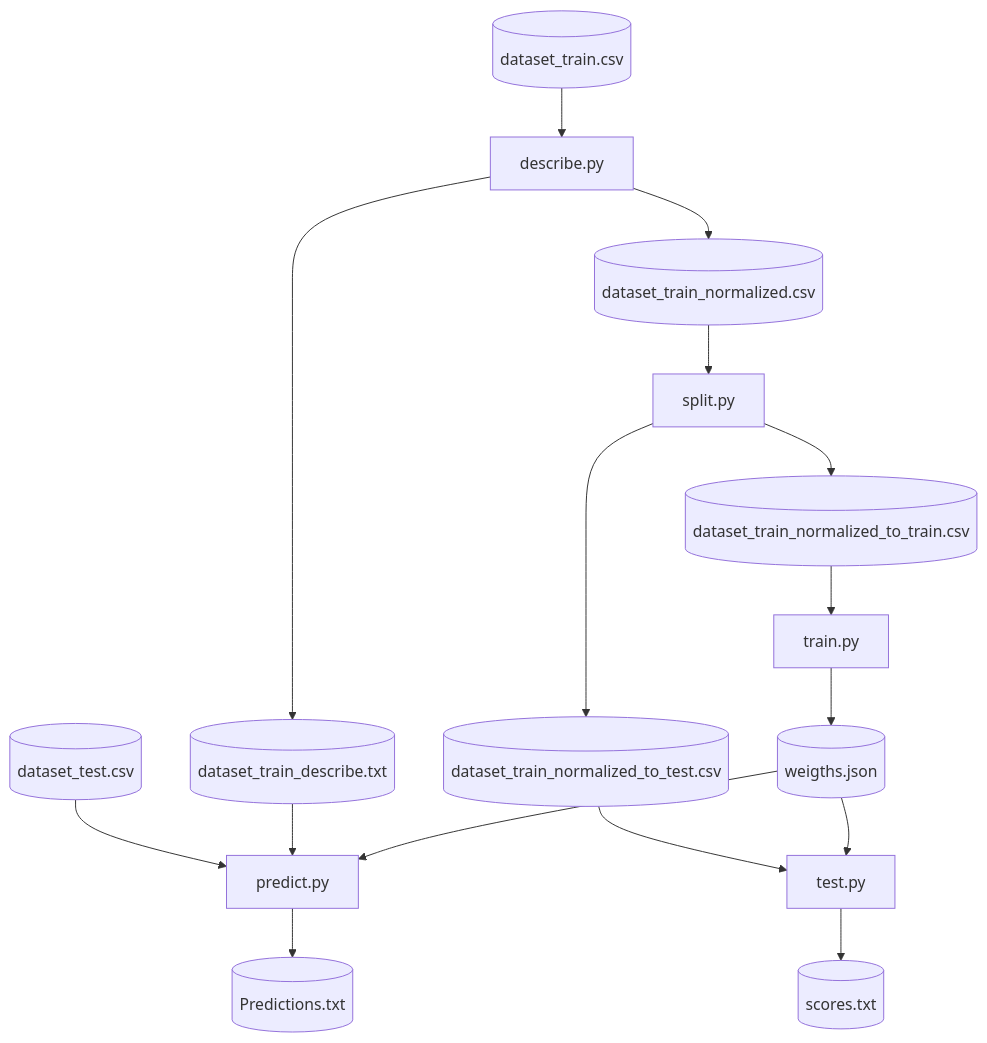
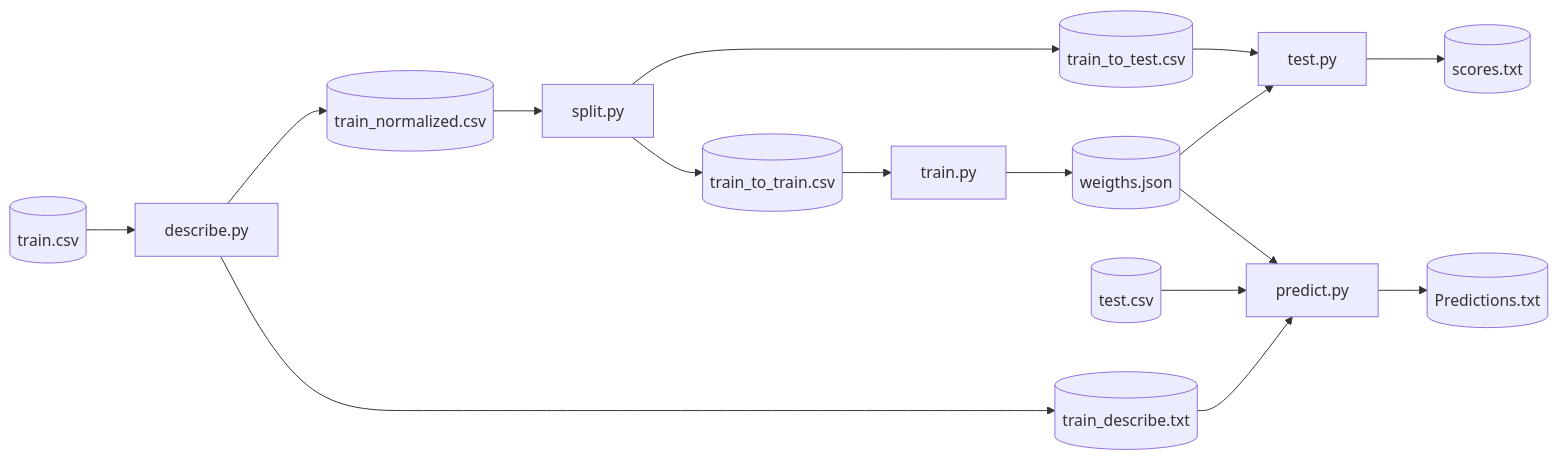
The diagram in README.md (luismiguelcasadodiaz/ft_logistic_regression), drawn with Mermaid before and after one commit. The commit also changed other lines of this file, not shown here.

Commit message:
DOC: Pipeline

````diff
--- a/README.md
+++ b/README.md
@@ -23,22 +45,27 @@
 ```mermaid
-flowchart TD
-    A[("dataset_train.csv")] --> P1["describe.py"]
-    P1 --> B[("dataset_train_describe.txt")]
-    P1 --> C[("dataset_train_normalized.csv")]
+flowchart LR
+ A[("train.csv")] --> P1["describe.py"]
 
-    C --> P2["split.py"]
-    P2 --> D[("dataset_train_normalized_to_train.csv")]
-    P2 --> E[("dataset_train_normalized_to_test.csv")]
+    P1 --> O1a[("train_describe.txt")]
+    P1 --> O1b[("train_normalized.csv")]
 
-    D --> P3["train.py"]
-    P3 --> F[("weigths.json")]
+    O1b --> P2["split.py"]
 
-    E --> P4["test.py"]
-    F --> P4
-    P4 --> G[("scores.txt")]
+    P2 --> O2a[("train_to_test.csv")]
+    P2 --> O2b[("train_to_train.csv")]
 
-    H[("dataset_test.csv")] --> P5["predict.py"]
-    B --> P5
-    F --> P5
-    P5 --> I[("Predictions.txt")]
+    O2b --> P3["train.py"]
+
+    P3 --> O3[("weigths.json")]
+
+    O2a --> P4["test.py"]
+    O3 --> P5
+
+    P4 --> O4[("scores.txt")]
+
+    H[("test.csv")] --> P5["predict.py"]
+    O1a --> P5
+    O3 --> P4
+
+    P5 --> O5[("Predictions.txt")]
 ```
````
